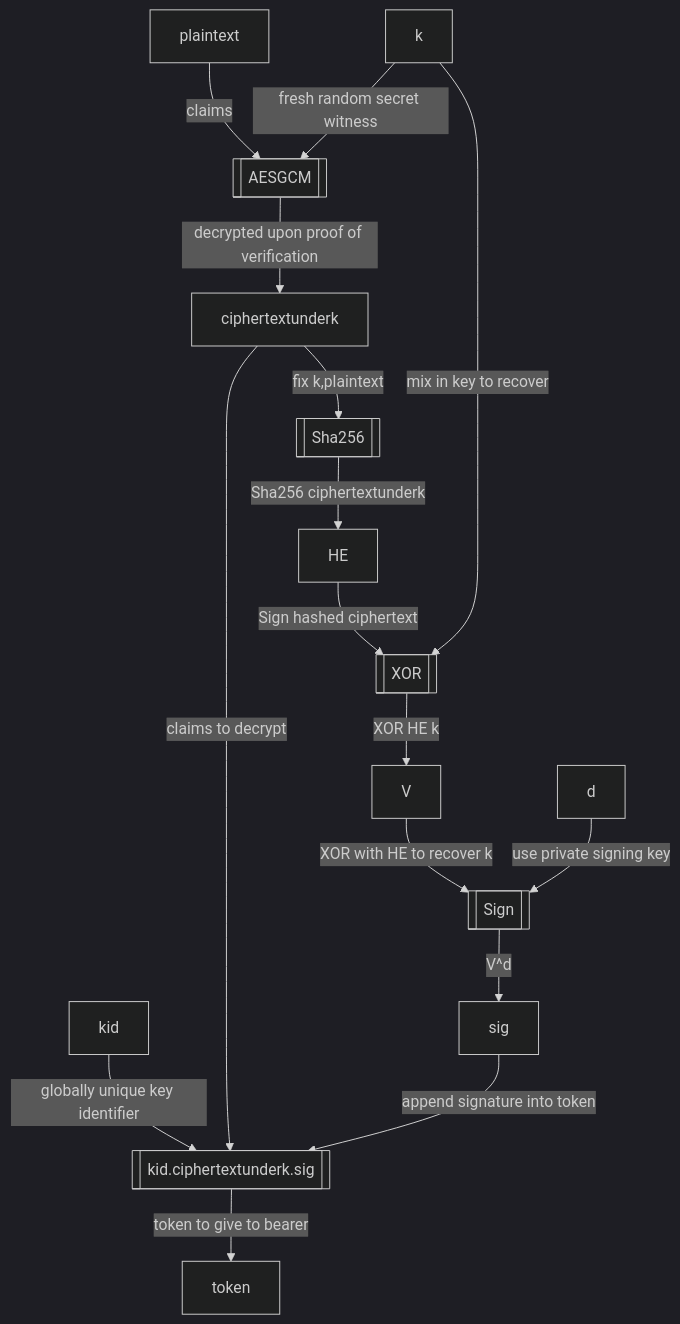
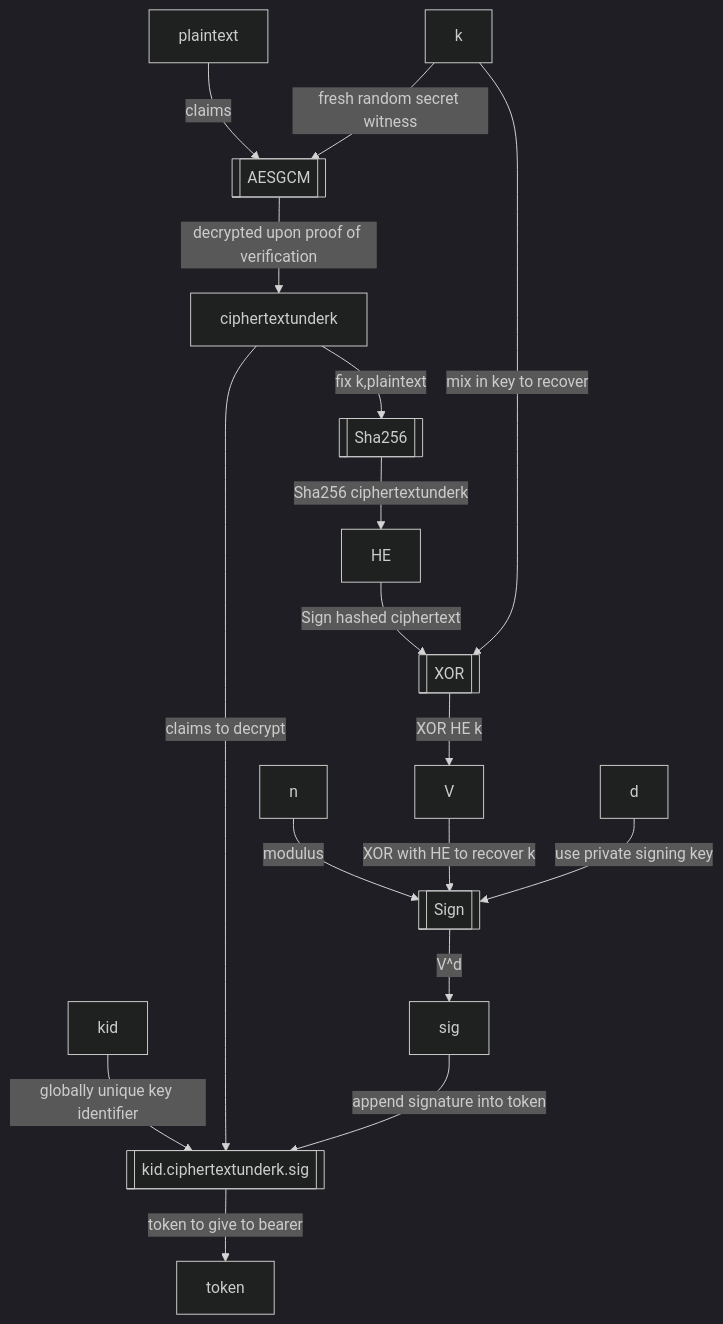
The second of 3 diagrams in README.md (rfielding/whiskeyTango), drawn with Mermaid (dark theme) before and after one commit. The commit also changed other lines of this file, not shown here.

Commit message:
update diagram

````diff
--- a/README.md
+++ b/README.md
@@ -120,23 +120,24 @@
 ```mermaid
 flowchart TB
   AESGCM[[AESGCM]]
   APPENDB64WithDots[[kid.ciphertextunderk.sig]]
   plaintext-- claims -->AESGCM
   k-- fresh random secret witness -->AESGCM
   AESGCM-- decrypted upon proof of verification -->ciphertextunderk
   kid-- globally unique key identifier -->APPENDB64WithDots
   ciphertextunderk-- claims to decrypt -->APPENDB64WithDots
   APPENDB64WithDots-- token to give to bearer -->token
   Sha256[[Sha256]]
   ciphertextunderk-- fix k,plaintext -->Sha256
   XOR[[XOR]]
   Sign[[Sign]]
+  n-- modulus -->Sign
   Sha256-- Sha256 ciphertextunderk -->HE
   HE-- Sign hashed ciphertext  -->XOR
   k-- mix in key to recover -->XOR
   XOR-- XOR HE k -->V
   V-- XOR with HE to recover k -->Sign
   d-- use private signing key -->Sign
   Sign-- V^d -->sig
   sig-- append signature into token -->APPENDB64WithDots
 ```
````
